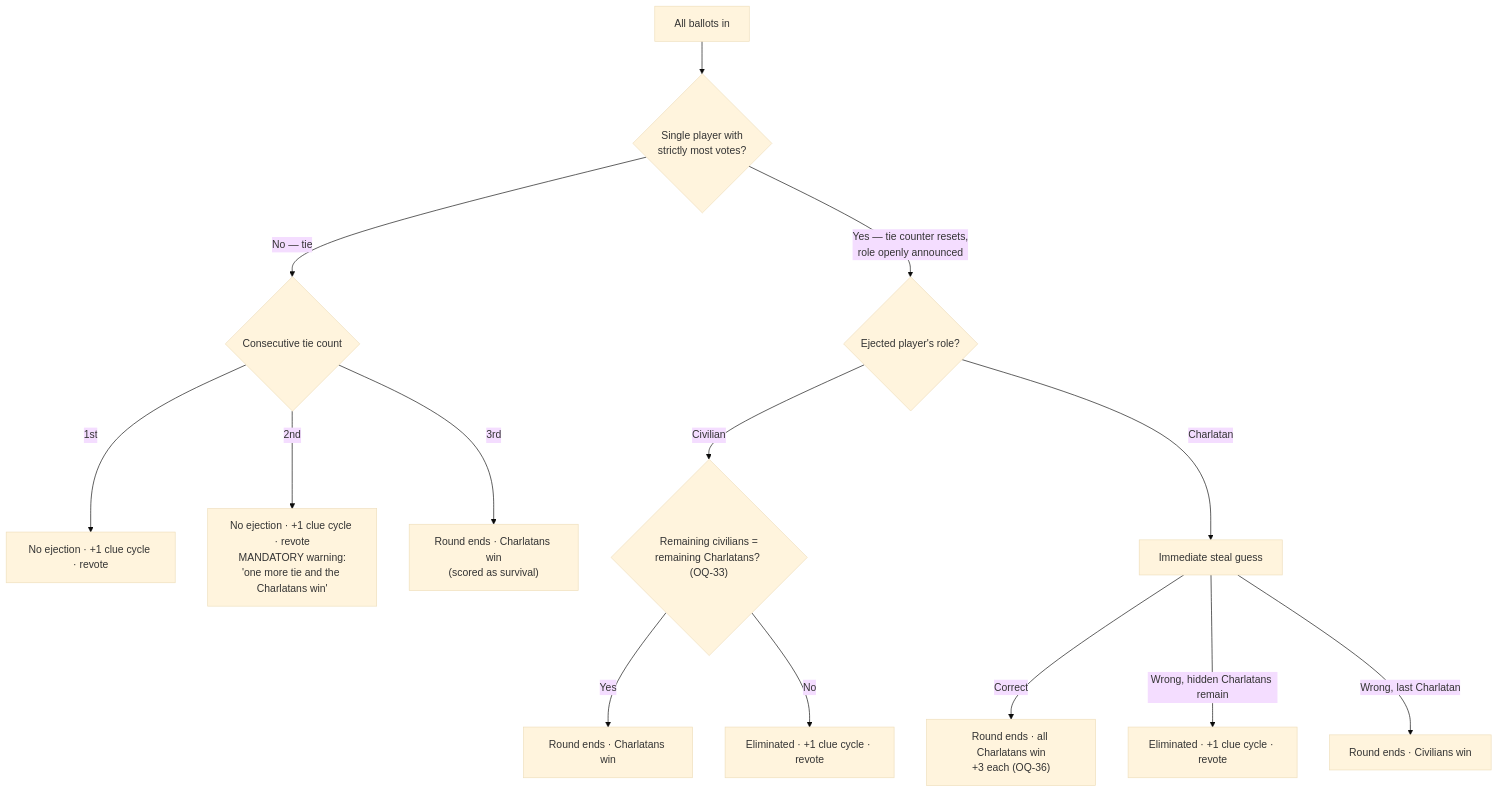
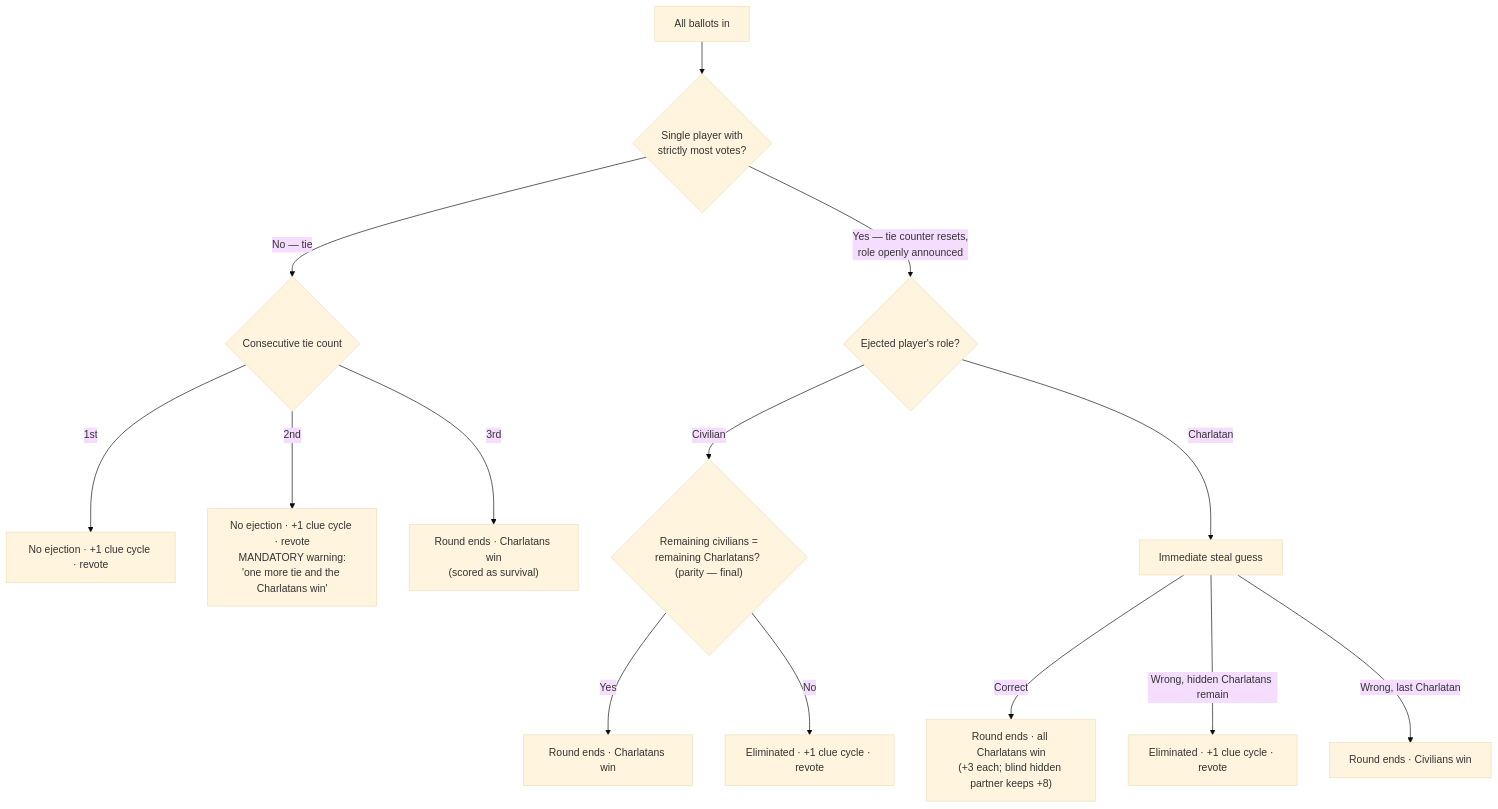
The fourth of 4 diagrams in docs/02-flows.md (jalieven/charlatan), drawn with Mermaid (base theme) before and after one commit. The commit also changed other lines of this file and 4 other files, not shown here.

````diff
--- a/docs/02-flows.md
+++ b/docs/02-flows.md
@@ -106,16 +107,16 @@
 ```mermaid
 flowchart TD
     A["All ballots in"] --> B{"Single player with<br/>strictly most votes?"}
     B -->|No — tie| T{"Consecutive tie count"}
     T -->|"1st"| C1["No ejection · +1 clue cycle · revote"]
     T -->|"2nd"| C2["No ejection · +1 clue cycle · revote<br/>MANDATORY warning:<br/>'one more tie and the Charlatans win'"]
     T -->|"3rd"| C3["Round ends · Charlatans win<br/>(scored as survival)"]
     B -->|"Yes — tie counter resets,<br/>role openly announced"| D{"Ejected player's role?"}
-    D -->|Civilian| E{"Remaining civilians =<br/>remaining Charlatans? (OQ-33)"}
+    D -->|Civilian| E{"Remaining civilians =<br/>remaining Charlatans? (parity — final)"}
     E -->|Yes| F["Round ends · Charlatans win"]
     E -->|No| G["Eliminated · +1 clue cycle · revote"]
     D -->|Charlatan| I["Immediate steal guess"]
-    I -->|Correct| J["Round ends · all Charlatans win<br/>+3 each (OQ-36)"]
+    I -->|Correct| J["Round ends · all Charlatans win<br/>(+3 each; blind hidden partner keeps +8)"]
     I -->|"Wrong, hidden Charlatans remain"| K["Eliminated · +1 clue cycle · revote"]
     I -->|"Wrong, last Charlatan"| L["Round ends · Civilians win"]
 ```
````
